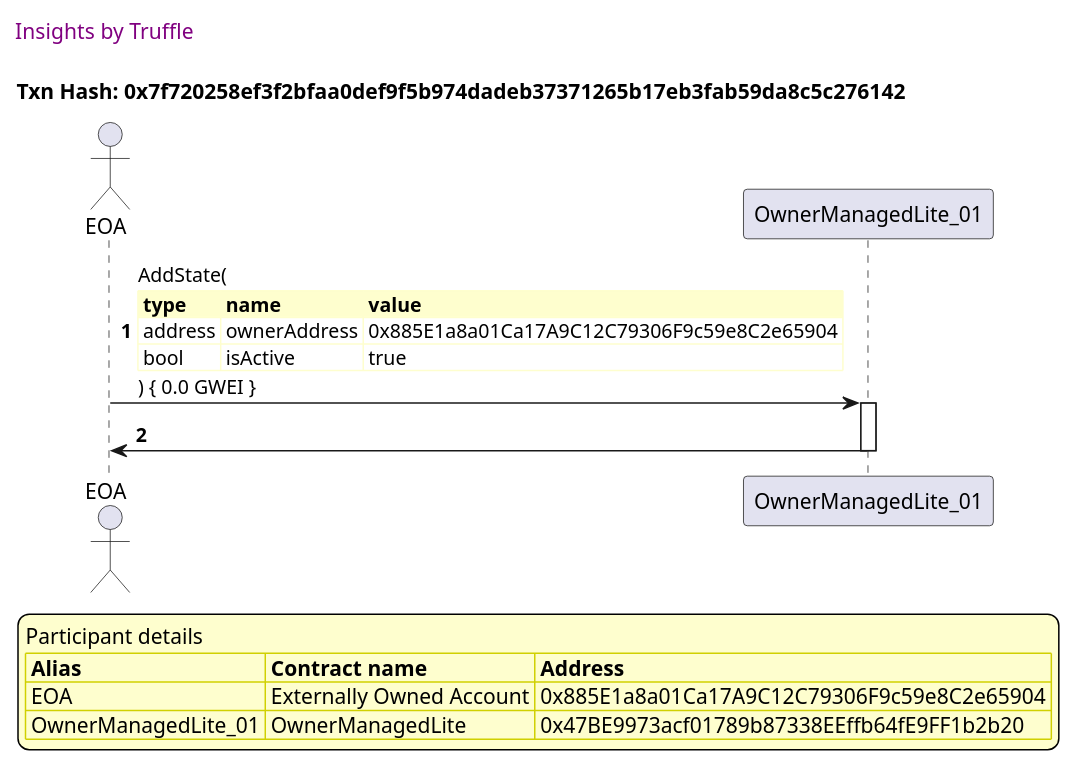
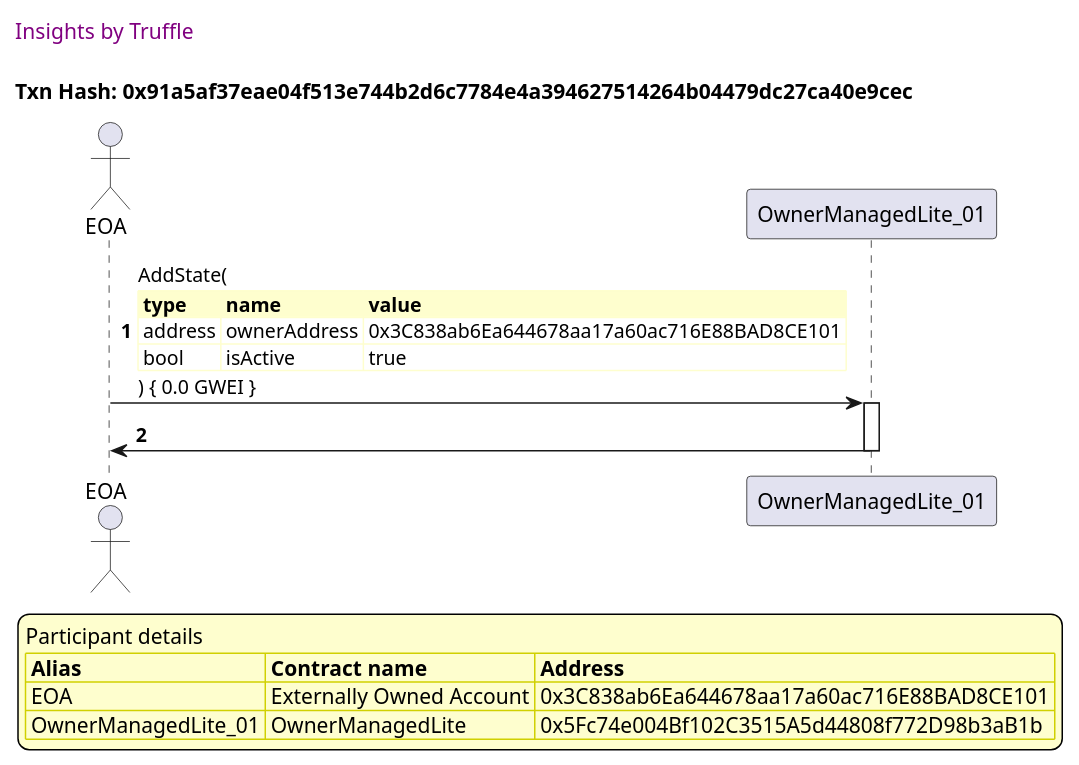
Before and after one commit to thedarkjester/ConsensysAssignment: diagram 11 of 49 in truffle-seq/OwnerManagedLite_test_remove_owner.md, drawn with PlantUML. The commit also changed other lines of this file and 13 other files, not shown here.

````diff
--- a/truffle-seq/OwnerManagedLite_test_remove_owner.md
+++ b/truffle-seq/OwnerManagedLite_test_remove_owner.md
@@ -488,41 +488,41 @@
 ```plantuml
 
 
 @startuml
 
 autonumber
 skinparam legendBackgroundColor #FEFECE
 
 <style>
       header {
         HorizontalAlignment left
         FontColor purple
         FontSize 14
         Padding 10
       }
     </style>
 
 header Insights by Truffle
 
-title Txn Hash: 0x7f720258ef3f2bfaa0def9f5b974dadeb37371265b17eb3fab59da8c5c276142
+title Txn Hash: 0x91a5af37eae04f513e744b2d6c7784e4a394627514264b04479dc27ca40e9cec
 
 
 actor EOA as "EOA"
 participant OwnerManagedLite_01 as "OwnerManagedLite_01"
 
 "EOA" -> "OwnerManagedLite_01" ++: AddState(\n\
 <#FEFECE,#FEFECE>|= type |= name |= value |\n\
-| address | ownerAddress | 0x885E1a8a01Ca17A9C12C79306F9c59e8C2e65904 |\n\
+| address | ownerAddress | 0x3C838ab6Ea644678aa17a60ac716E88BAD8CE101 |\n\
 | bool | isActive | true |\n\
 ) { 0.0 GWEI }
 "OwnerManagedLite_01" -> "EOA" --: 
 
 legend
 Participant details
 <#FEFECE,#D0D000>|= Alias |= Contract name |= Address |
-<#FEFECE>| EOA | Externally Owned Account | 0x885E1a8a01Ca17A9C12C79306F9c59e8C2e65904 |
-<#FEFECE>| OwnerManagedLite_01 | OwnerManagedLite | 0x47BE9973acf01789b87338EEffb64fE9FF1b2b20 |
+<#FEFECE>| EOA | Externally Owned Account | 0x3C838ab6Ea644678aa17a60ac716E88BAD8CE101 |
+<#FEFECE>| OwnerManagedLite_01 | OwnerManagedLite | 0x5Fc74e004Bf102C3515A5d44808f772D98b3aB1b |
 endlegend
 
 @enduml
 ```
````
